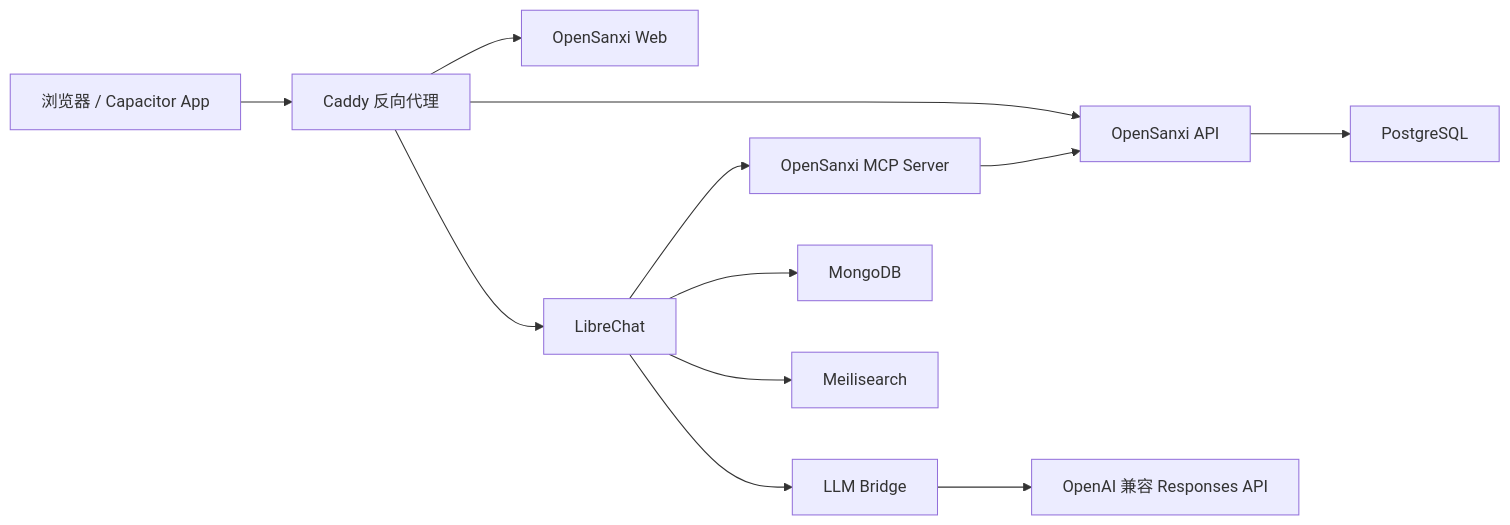
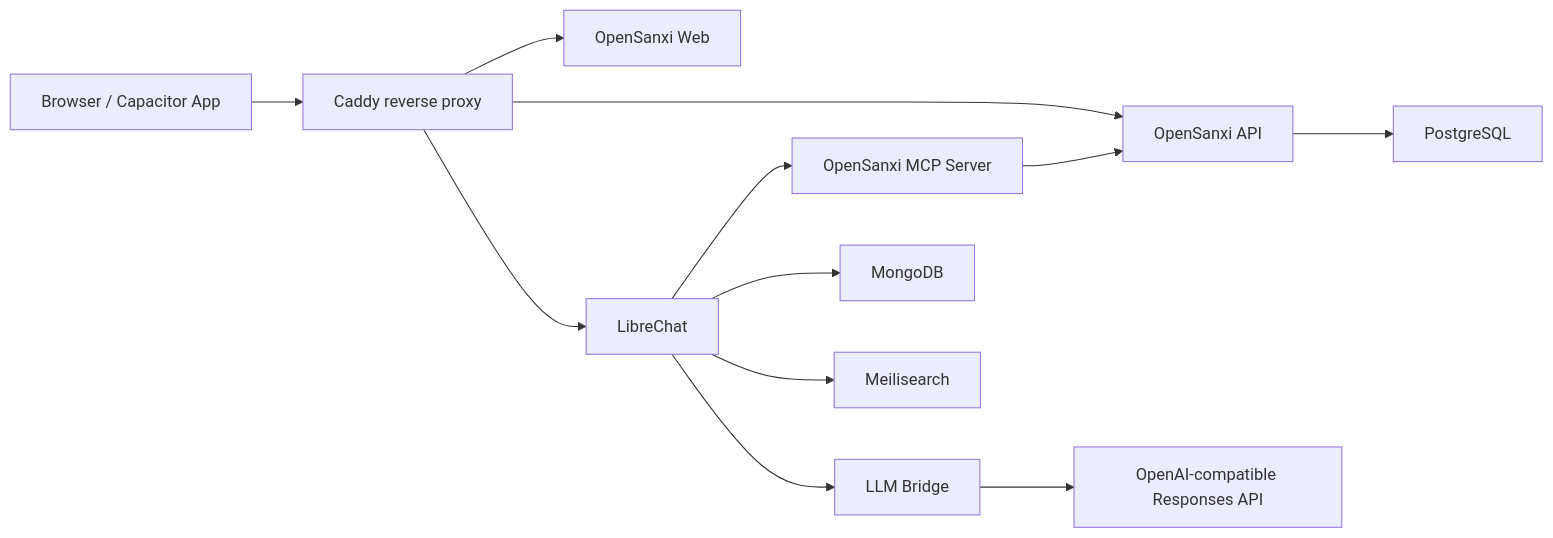
One commit to Invoser/opensanxi changed the diagram in README.md. Above: the diagram before and after it, drawn with Mermaid. The commit also changed other lines of this file and 1 other file, not shown here.

````diff
--- a/README.md
+++ b/README.md
@@ -22,14 +28,14 @@
 ```mermaid
 flowchart LR
-  Browser["浏览器 / Capacitor App"] --> Caddy["Caddy 反向代理"]
+  Browser["Browser / Capacitor App"] --> Caddy["Caddy reverse proxy"]
   Caddy --> Web["OpenSanxi Web"]
   Caddy --> API["OpenSanxi API"]
   Caddy --> Chat["LibreChat"]
   Chat --> Bridge["LLM Bridge"]
-  Bridge --> LLM["OpenAI 兼容 Responses API"]
+  Bridge --> LLM["OpenAI-compatible Responses API"]
   Chat --> MCP["OpenSanxi MCP Server"]
   MCP --> API
   API --> Postgres["PostgreSQL"]
   Chat --> Mongo["MongoDB"]
   Chat --> Meili["Meilisearch"]
 ```
````
